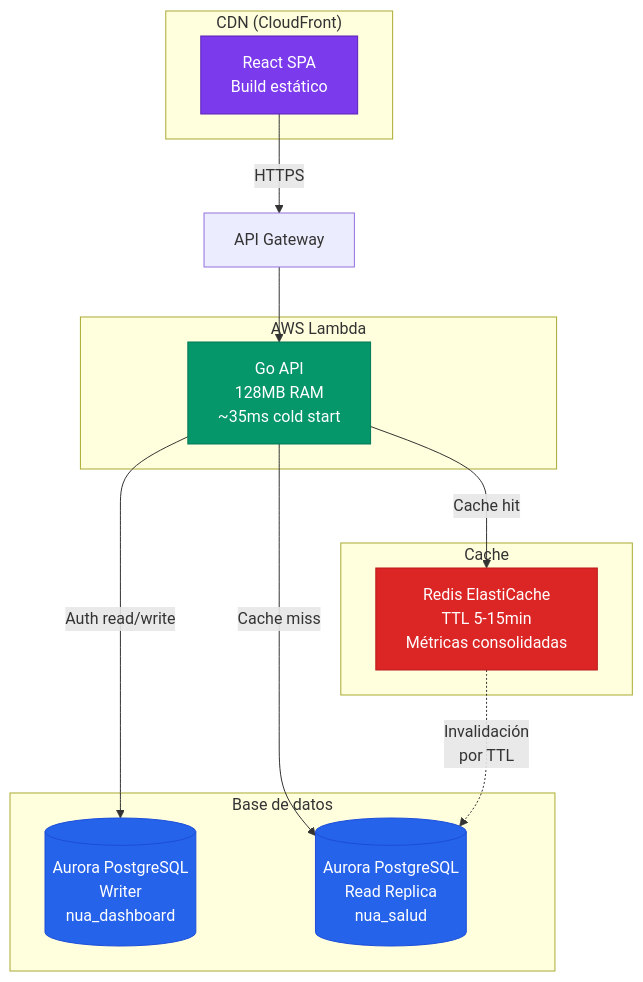
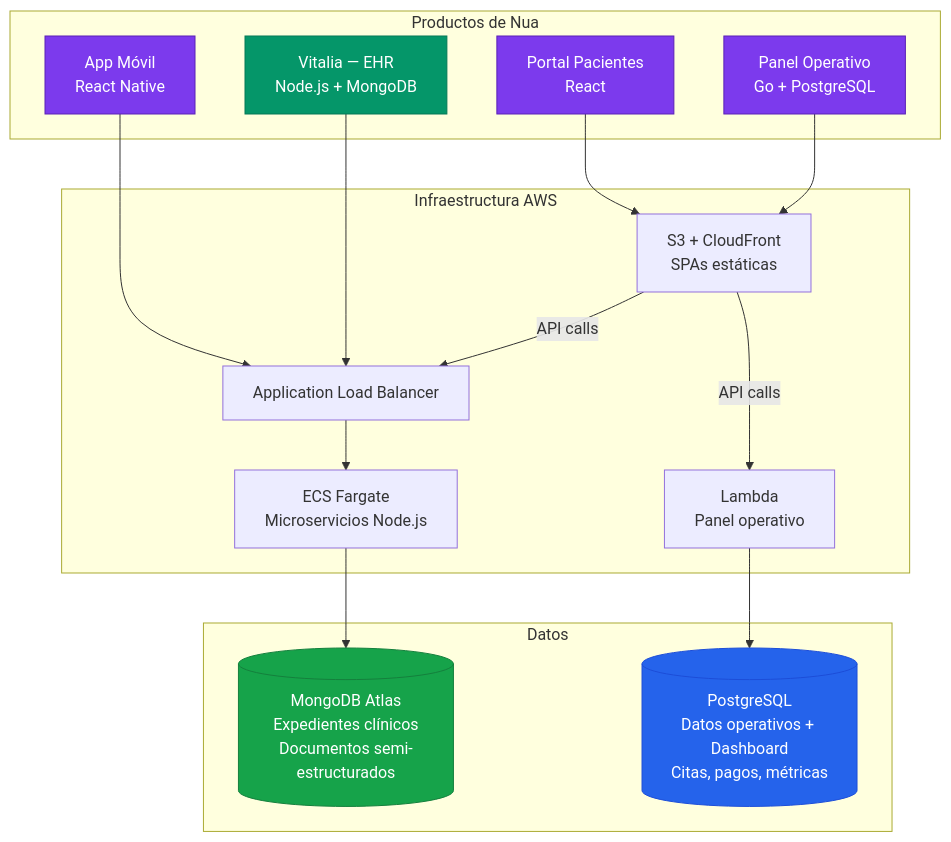
Before and after one commit to gmeono94/nua-salud-panel: diagram 12 of 19 in README.md, drawn with Mermaid. The commit also changed other lines of this file, not shown here.

First line of the commit message:
docs: expand scalability section to cover full Nua platform

````diff
--- a/README.md
+++ b/README.md
@@ -649,32 +651,40 @@
 ```mermaid
 graph TB
-    subgraph "CDN (CloudFront)"
-        CF[React SPA<br/>Build estático]
+    subgraph "Productos de Nua"
+        V[Vitalia — EHR<br/>Node.js + MongoDB]
+        PP[Portal Pacientes<br/>React]
+        MA[App Móvil<br/>React Native]
+        DP[Panel Operativo<br/>Go + PostgreSQL]
     end
 
-    subgraph "AWS Lambda"
-        L1[Go API<br/>128MB RAM<br/>~35ms cold start]
+    subgraph "Datos"
+        MDB[(MongoDB Atlas<br/>Expedientes clínicos<br/>Documentos semi-estructurados)]
+        PG[(PostgreSQL<br/>Datos operativos + Dashboard<br/>Citas, pagos, métricas)]
     end
 
-    subgraph "Cache"
-        R[Redis ElastiCache<br/>TTL 5-15min<br/>Métricas consolidadas]
+    subgraph "Infraestructura AWS"
+        ALB[Application Load Balancer]
+        ECS[ECS Fargate<br/>Microservicios Node.js]
+        LAM[Lambda<br/>Panel operativo]
+        S3[S3 + CloudFront<br/>SPAs estáticas]
     end
 
-    subgraph "Base de datos"
-        PGW[(Aurora PostgreSQL<br/>Writer<br/>nua_dashboard)]
-        PGR[(Aurora PostgreSQL<br/>Read Replica<br/>nua_salud)]
-    end
+    PP --> S3
+    MA --> ALB
+    V --> ALB
+    DP --> S3
 
-    CF -->|HTTPS| APIGW[API Gateway]
-    APIGW --> L1
-    L1 -->|Cache hit| R
-    L1 -->|Cache miss| PGR
-    L1 -->|Auth read/write| PGW
-    R -.->|Invalidación<br/>por TTL| PGR
+    ALB --> ECS
+    S3 -->|API calls| ALB
+    S3 -->|API calls| LAM
 
-    style CF fill:#7c3aed,stroke:#5b21b6,color:#fff
-    style L1 fill:#059669,stroke:#047857,color:#fff
-    style R fill:#dc2626,stroke:#b91c1c,color:#fff
-    style PGW fill:#2563eb,stroke:#1d4ed8,color:#fff
-    style PGR fill:#2563eb,stroke:#1d4ed8,color:#fff
+    ECS --> MDB
+    LAM --> PG
+
+    style V fill:#059669,stroke:#047857,color:#fff
+    style PP fill:#7c3aed,stroke:#5b21b6,color:#fff
+    style MA fill:#7c3aed,stroke:#5b21b6,color:#fff
+    style DP fill:#7c3aed,stroke:#5b21b6,color:#fff
+    style MDB fill:#16a34a,stroke:#15803d,color:#fff
+    style PG fill:#2563eb,stroke:#1d4ed8,color:#fff
 ```
````
